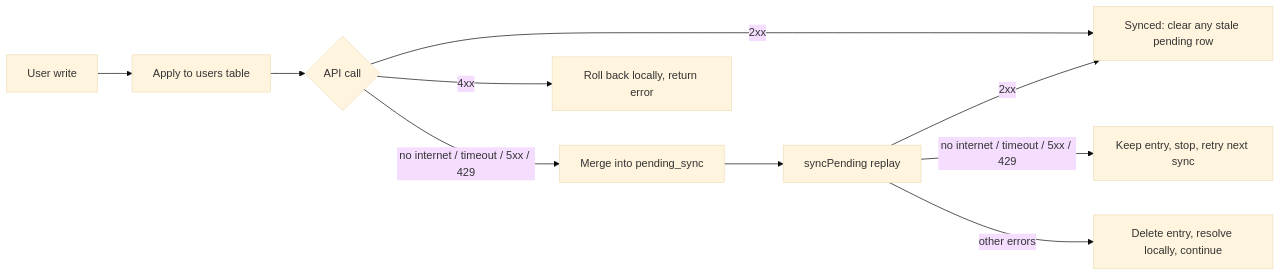
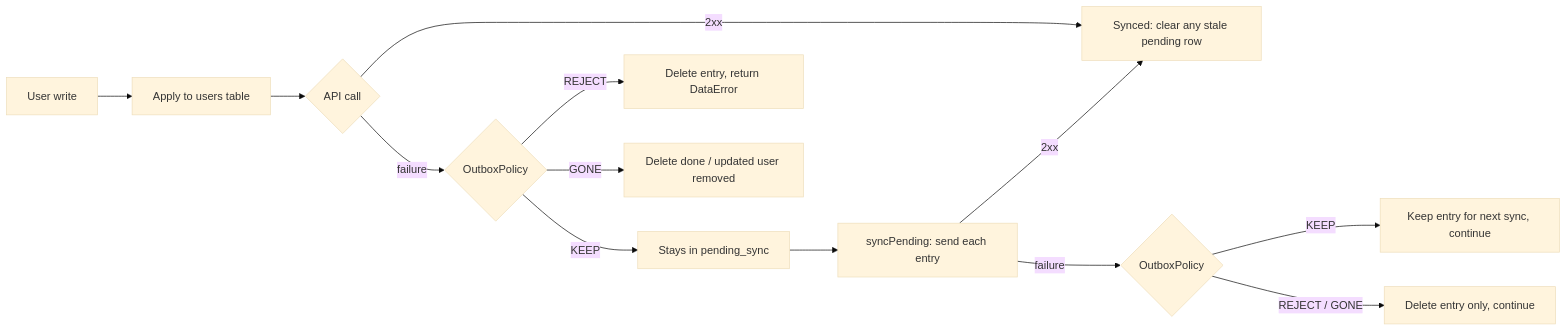
Before and after one commit to adilabedin/Sliide: the diagram in README.md, drawn with Mermaid (base theme). The commit also changed other lines of this file and 81 other files, not shown here.

Commit message:
Improves errors and UserRepository

````diff
--- a/README.md
+++ b/README.md
@@ -113,12 +124,15 @@
 ```mermaid
 flowchart LR
     W[User write] --> L[Apply to users table]
     L --> R{API call}
     R -- 2xx --> S[Synced: clear any stale pending row]
-    R -- no internet / timeout / 5xx / 429 --> Q[Merge into pending_sync]
-    R -- 4xx --> X[Roll back locally, return error]
-    Q --> P[syncPending replay]
+    R -- failure --> O{OutboxPolicy}
+    O -- KEEP --> Q[Stays in pending_sync]
+    O -- REJECT --> X[Delete entry, return DataError]
+    O -- GONE --> G[Delete done / updated user removed]
+    Q --> P[syncPending: send each entry]
     P -- 2xx --> S
-    P -- no internet / timeout / 5xx / 429 --> K[Keep entry, stop, retry next sync]
-    P -- other errors --> D[Delete entry, resolve locally, continue]
+    P -- failure --> O2{OutboxPolicy}
+    O2 -- KEEP --> K[Keep entry for next sync, continue]
+    O2 -- REJECT / GONE --> D[Delete entry only, continue]
 ```
````
